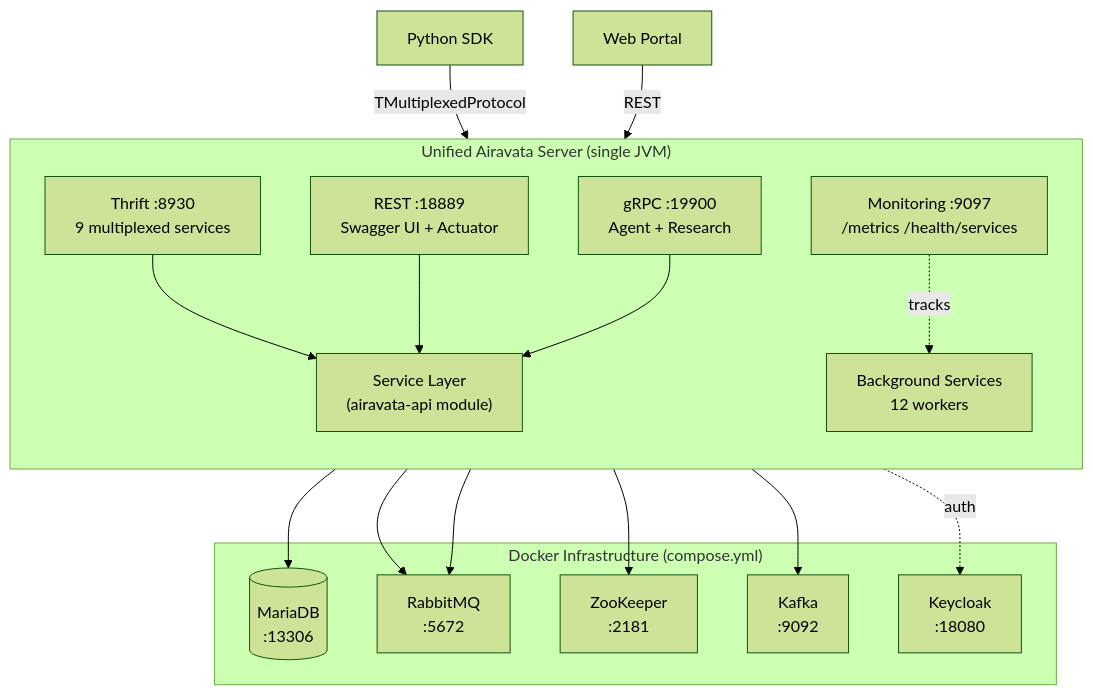
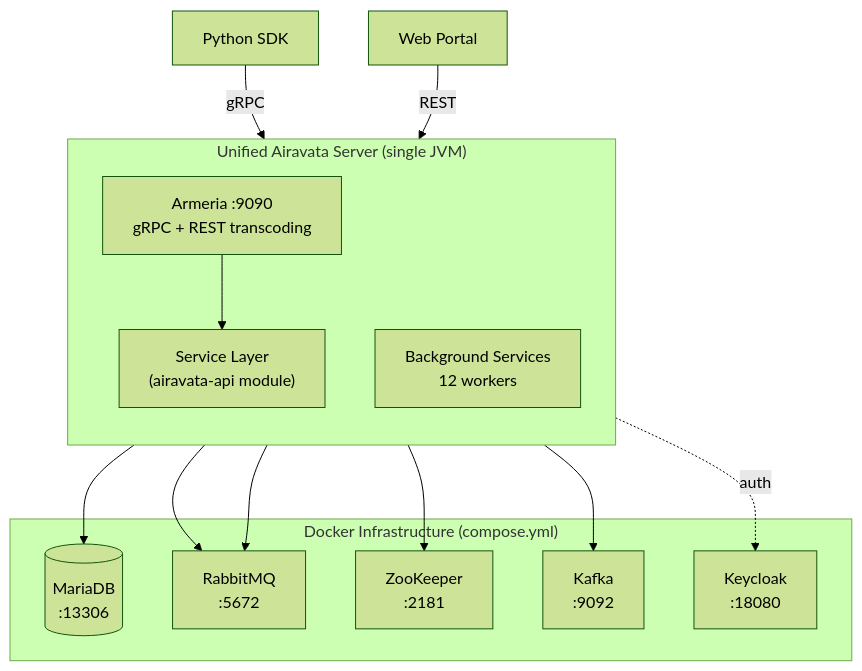
The first of 3 diagrams in README.md (apache/airavata), drawn with Mermaid (forest theme) before and after one commit. The commit also changed other lines of this file and 2216 other files, not shown here.

First line of the commit message:
refactor: gRPC/Armeria migration with full module boundary enforcement (#612)

````diff
--- a/README.md
+++ b/README.md
@@ -60,33 +60,27 @@
 ```mermaid
 graph TB
     subgraph "Docker Infrastructure (compose.yml)"
         DB[(MariaDB<br/>:13306)]
         RMQ[RabbitMQ<br/>:5672]
         ZK[ZooKeeper<br/>:2181]
         KFK[Kafka<br/>:9092]
         KC[Keycloak<br/>:18080]
     end
 
     subgraph "Unified Airavata Server (single JVM)"
         direction TB
-        MUX["Thrift :8930<br/>9 multiplexed services"]
-        REST["REST :18889<br/>Swagger UI + Actuator"]
-        GRPC["gRPC :19900<br/>Agent + Research"]
+        ARMERIA["Armeria :9090<br/>gRPC + REST transcoding"]
         SVC["Service Layer<br/>(airavata-api module)"]
         BG["Background Services<br/>12 workers"]
-        MON["Monitoring :9097<br/>/metrics /health/services"]
     end
 
-    SDK[Python SDK] -->|TMultiplexedProtocol| MUX
-    Portal[Web Portal] -->|REST| REST
-    MUX --> SVC
-    REST --> SVC
-    GRPC --> SVC
+    SDK[Python SDK] -->|gRPC| ARMERIA
+    Portal[Web Portal] -->|REST| ARMERIA
+    ARMERIA --> SVC
     SVC --> DB
     SVC --> RMQ
     BG --> ZK
     BG --> KFK
     BG --> RMQ
     SVC -.->|auth| KC
-    MON -.->|tracks| BG
 ```
````
